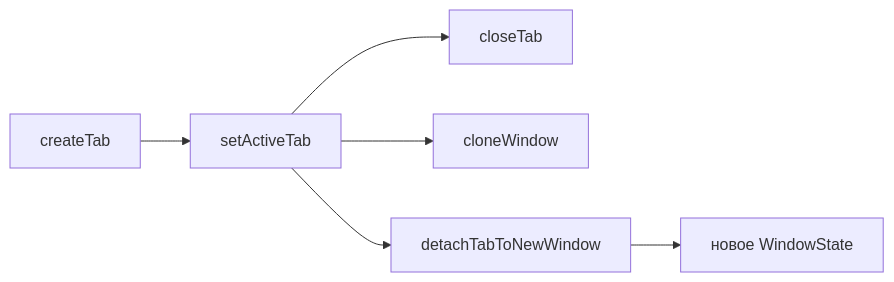
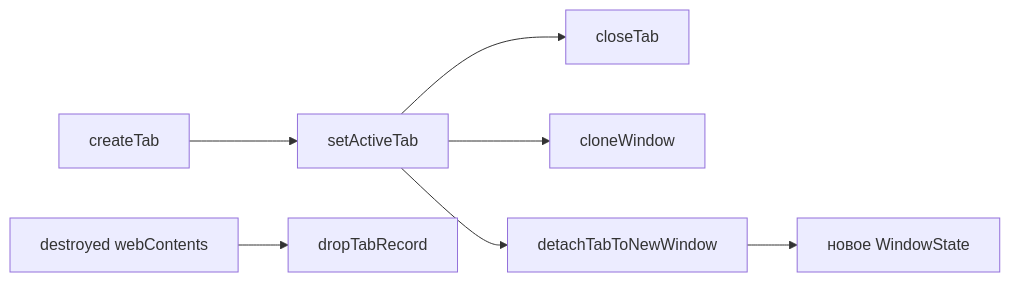
Before and after one commit to trb1mkr/konstruktor: the first of 3 diagrams in src/main/tabs/TABS.md, drawn with Mermaid. The commit also changed other lines of this file and 54 other files, not shown here.

````diff
--- a/src/main/tabs/TABS.md
+++ b/src/main/tabs/TABS.md
@@ -9,8 +9,9 @@
 ```mermaid
 flowchart LR
   Tab[createTab] --> Active[setActiveTab]
   Active --> Close[closeTab]
   Active --> Clone[cloneWindow]
   Active --> Detach[detachTabToNewWindow]
   Detach --> Win2[новое WindowState]
+  Self[destroyed webContents] --> Drop[dropTabRecord]
 ```
````
